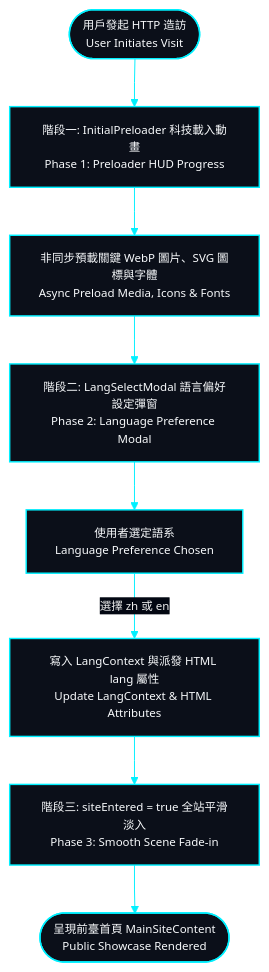
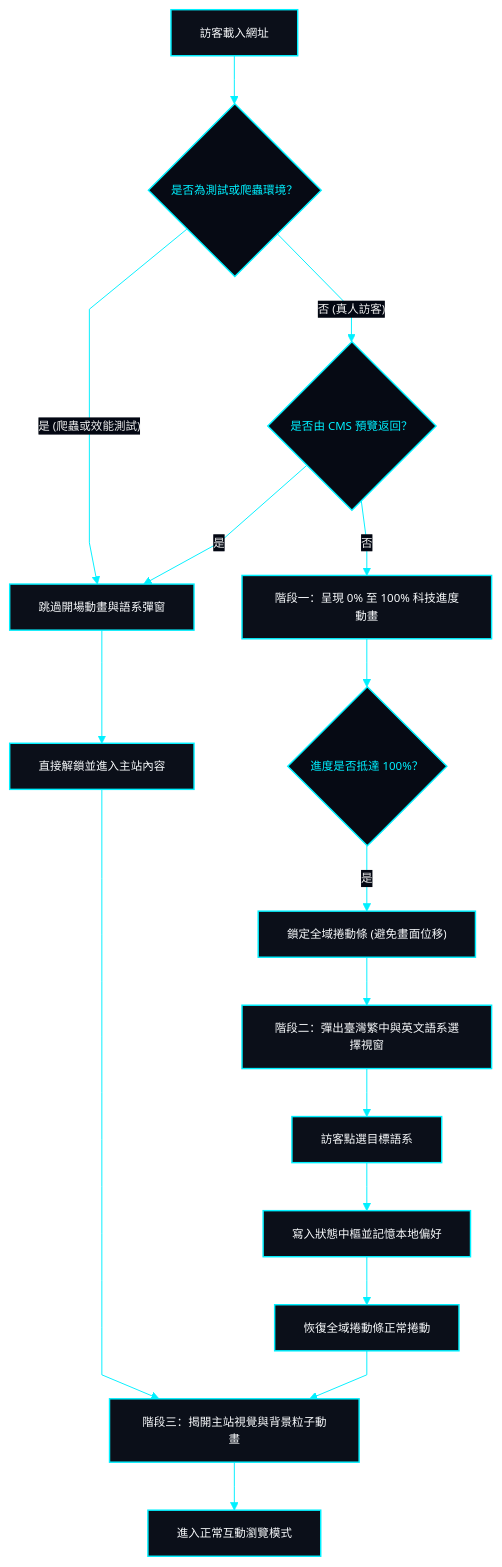
The first of 4 diagrams in docs/system-design/06-flowcharts.md (EricXJason/my-portfolio-website), drawn with Mermaid before and after one commit. The commit also changed other lines of this file and 19 other files, not shown here.

Commit message:
docs(specs): establish system design specifications, check-list, and tech HUD standards

````diff
--- a/docs/system-design/06-flowcharts.md
+++ b/docs/system-design/06-flowcharts.md
@@ -13,28 +11,43 @@
 ```mermaid
 %%{init: {
   'theme': 'base',
   'themeVariables': {
     'darkMode': true,
     'background': '#030712',
     'mainBkg': '#0b0f19',
     'nodeBorder': '#00f0ff',
     'textColor': '#f8fafc',
     'lineColor': '#00f0ff',
+    'clusterBkg': '#060a14',
+    'clusterBorder': '#1e293b',
+    'titleColor': '#00f0ff',
     'edgeLabelBackground': '#030712',
     'fontSize': '12px'
   },
   'flowchart': {
     'curve': 'linear'
   }
 }}%%
 flowchart TD
     classDef hudCard fill:#0b0f19,stroke:#00f0ff,stroke-width:1.5px,color:#f8fafc;
+    classDef decision fill:#060a14,stroke:#00f0ff,stroke-width:1.5px,color:#00f0ff;
 
-    Start(["用戶發起 HTTP 造訪<br>User Initiates Visit"]):::hudCard --> Step1["階段一: InitialPreloader 科技載入動畫<br>Phase 1: Preloader HUD Progress"]:::hudCard
-    Step1 --> Preload["非同步預載關鍵 WebP 圖片、SVG 圖標與字體<br>Async Preload Media, Icons & Fonts"]:::hudCard
-    Preload --> Step2["階段二: LangSelectModal 語言偏好設定彈窗<br>Phase 2: Language Preference Modal"]:::hudCard
-    Step2 --> UserChoice["使用者選定語系<br>Language Preference Chosen"]:::hudCard
-    UserChoice -->|"選擇 zh 或 en"| SetLang["寫入 LangContext 與派發 HTML lang 屬性<br>Update LangContext & HTML Attributes"]:::hudCard
-    SetLang --> Step3["階段三: siteEntered = true 全站平滑淡入<br>Phase 3: Smooth Scene Fade-in"]:::hudCard
-    Step3 --> MainView(["呈現前臺首頁 MainSiteContent<br>Public Showcase Rendered"]):::hudCard
+    Start["訪客載入網址"]:::hudCard --> CheckEnv{"是否為測試或爬蟲環境？"}:::decision
+    CheckEnv -->|"是 (爬蟲或效能測試)"| Bypass["跳過開場動畫與語系彈窗"]:::hudCard
+    CheckEnv -->|"否 (真人訪客)"| CheckCmsSession{"是否由 CMS 預覽返回？"}:::decision
+    
+    CheckCmsSession -->|"是"| Bypass
+    CheckCmsSession -->|"否"| ShowPreloader["階段一：呈現 0% 至 100% 科技進度動畫"]:::hudCard
+    
+    ShowPreloader --> PreloaderFinish{"進度是否抵達 100%？"}:::decision
+    PreloaderFinish -->|"是"| LockScroll["鎖定全域捲動條 (避免畫面位移)"]:::hudCard
+    LockScroll --> ShowLangModal["階段二：彈出臺灣繁中與英文語系選擇視窗"]:::hudCard
+    
+    Bypass --> EnterDirect["直接解鎖並進入主站內容"]:::hudCard
+    ShowLangModal --> UserChooseLang["訪客點選目標語系"]:::hudCard
+    UserChooseLang --> SetLangState["寫入狀態中樞並記憶本地偏好"]:::hudCard
+    SetLangState --> UnlockScroll["恢復全域捲動條正常捲動"]:::hudCard
+    UnlockScroll --> RevealMainSite["階段三：揭開主站視覺與背景粒子動畫"]:::hudCard
+    EnterDirect --> RevealMainSite
+    RevealMainSite --> End["進入正常互動瀏覽模式"]:::hudCard
 ```
````
